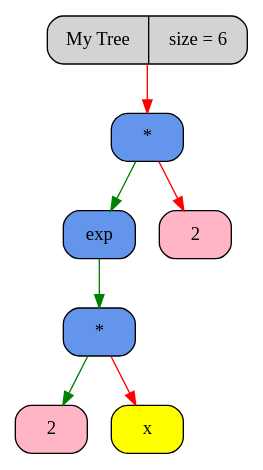
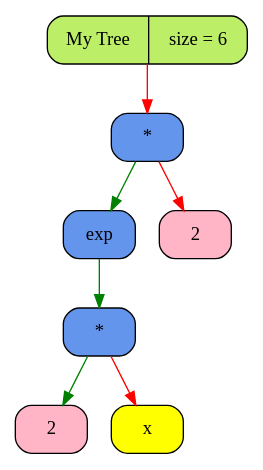
Before and after one commit to Pelmeshka127/Differenciator-Machine-Son: the diagram in graphics/graph.dot, drawn with Graphviz. The commit also changed 29 other files, not shown here.

```diff
--- a/graphics/graph.dot
+++ b/graphics/graph.dot
@@ -1,19 +1,19 @@
 digraph Tree
 {
    rankdir = HR;
    node[fontsize=14];
    edge[color="black",fontcolor="blue",fontsize=12];
-   tree[shape = Mrecord, style = filled, filcolor = "red", label = "My Tree | size = 6"];
-   "0x106e01d20"[shape = Mrecord, style = filled, fillcolor = "cornflowerblue",   label = " <value> *"];
-  "0x106e01d20" -> "0x106e01ea0" [color = "green"];
-  "0x106e01d20" -> "0x106e01d50" [color = "red"];
-   "0x106e01ea0"[shape = Mrecord, style = filled, fillcolor = "cornflowerblue",   label = " <value> exp"];
-  "0x106e01ea0" -> "0x106e01f30" [color = "green"];
-   "0x106e01f30"[shape = Mrecord, style = filled, fillcolor = "cornflowerblue",   label = " <value> *"];
-  "0x106e01f30" -> "0x106e01f00" [color = "green"];
-  "0x106e01f30" -> "0x106e01ed0" [color = "red"];
-   "0x106e01f00"[shape = Mrecord, style = filled, fillcolor = "pink1",   label = " <value> 2"];
-   "0x106e01ed0"[shape = Mrecord, style = filled, fillcolor = "yellow",   label = " <value> x"];
-   "0x106e01d50"[shape = Mrecord, style = filled, fillcolor = "pink1",   label = " <value> 2"];
-   tree -> "0x106e01d20" [color = "red"];
+   tree[shape = Mrecord, style = filled, fillcolor = "darkolivegreen2", label = "My Tree | size = 6"];
+   "0x104301d20"[shape = Mrecord, style = filled, fillcolor = "cornflowerblue",   label = " <value> *"];
+  "0x104301d20" -> "0x104301ea0" [color = "green"];
+  "0x104301d20" -> "0x104301d50" [color = "red"];
+   "0x104301ea0"[shape = Mrecord, style = filled, fillcolor = "cornflowerblue",   label = " <value> exp"];
+  "0x104301ea0" -> "0x104301f30" [color = "green"];
+   "0x104301f30"[shape = Mrecord, style = filled, fillcolor = "cornflowerblue",   label = " <value> *"];
+  "0x104301f30" -> "0x104301f00" [color = "green"];
+  "0x104301f30" -> "0x104301ed0" [color = "red"];
+   "0x104301f00"[shape = Mrecord, style = filled, fillcolor = "pink1",   label = " <value> 2"];
+   "0x104301ed0"[shape = Mrecord, style = filled, fillcolor = "yellow",   label = " <value> x"];
+   "0x104301d50"[shape = Mrecord, style = filled, fillcolor = "pink1",   label = " <value> 2"];
+   tree -> "0x104301d20" [color = "red"];
 }
```
